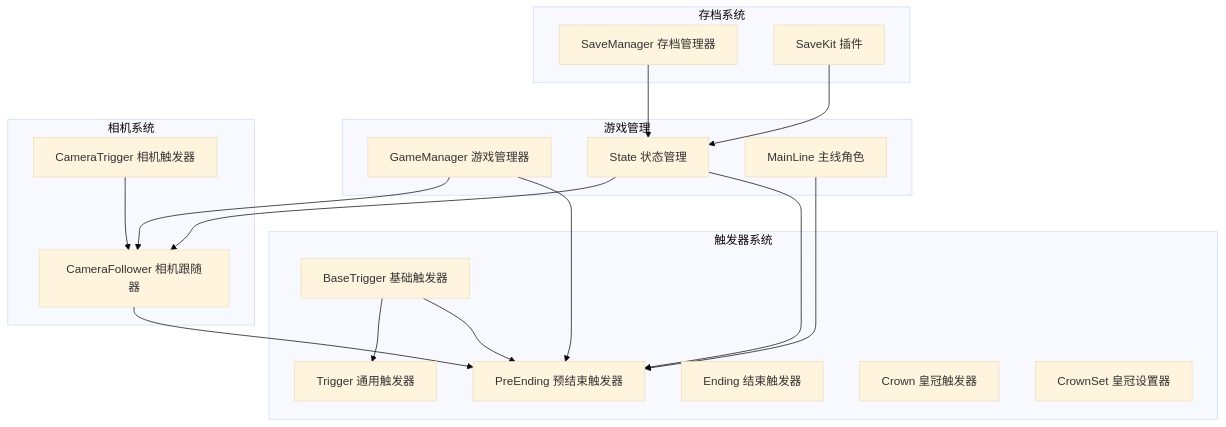
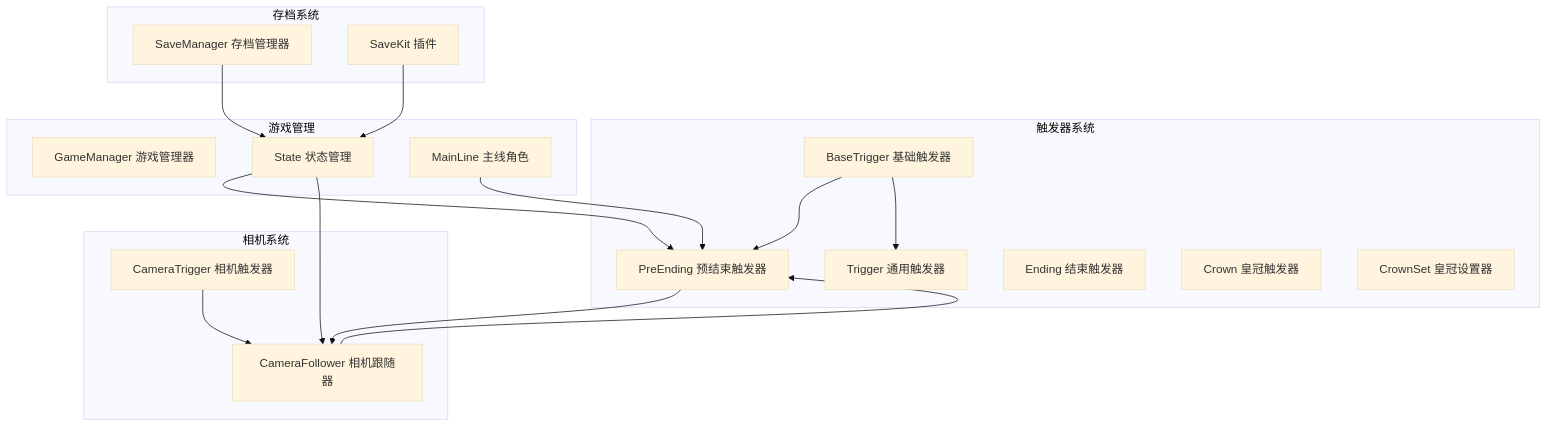
One commit to godotline/godot-line changed the first of 6 diagrams in .qoder/repowiki/zh/content/游戏系统/触发器系统/预结束触发器.md. Above: the diagram before and after it, drawn with Mermaid (base theme). The commit also changed other lines of this file and 13 other files, not shown here.

````diff
--- a/.qoder/repowiki/zh/content/游戏系统/触发器系统/预结束触发器.md
+++ b/.qoder/repowiki/zh/content/游戏系统/触发器系统/预结束触发器.md
@@ -50,35 +48,34 @@
 ```mermaid
 graph TB
 subgraph "触发器系统"
 BaseTrigger[BaseTrigger 基础触发器]
 PreEnding[PreEnding 预结束触发器]
 Trigger[Trigger 通用触发器]
 Ending[Ending 结束触发器]
 Crown[Crown 皇冠触发器]
 CrownSet[CrownSet 皇冠设置器]
 end
 subgraph "游戏管理"
 GameManager[GameManager 游戏管理器]
 State[State 状态管理]
 MainLine[MainLine 主线角色]
 end
 subgraph "相机系统"
 CameraFollower[CameraFollower 相机跟随器]
 CameraTrigger[CameraTrigger 相机触发器]
 end
 subgraph "存档系统"
 SaveManager[SaveManager 存档管理器]
 SaveKit[SaveKit 插件]
 end
 BaseTrigger --> PreEnding
 BaseTrigger --> Trigger
-GameManager --> PreEnding
-GameManager --> CameraFollower
+PreEnding --> CameraFollower
 State --> PreEnding
 State --> CameraFollower
 MainLine --> PreEnding
 SaveManager --> State
 SaveKit --> State
 CameraFollower --> PreEnding
 CameraTrigger --> CameraFollower
 ```
````
